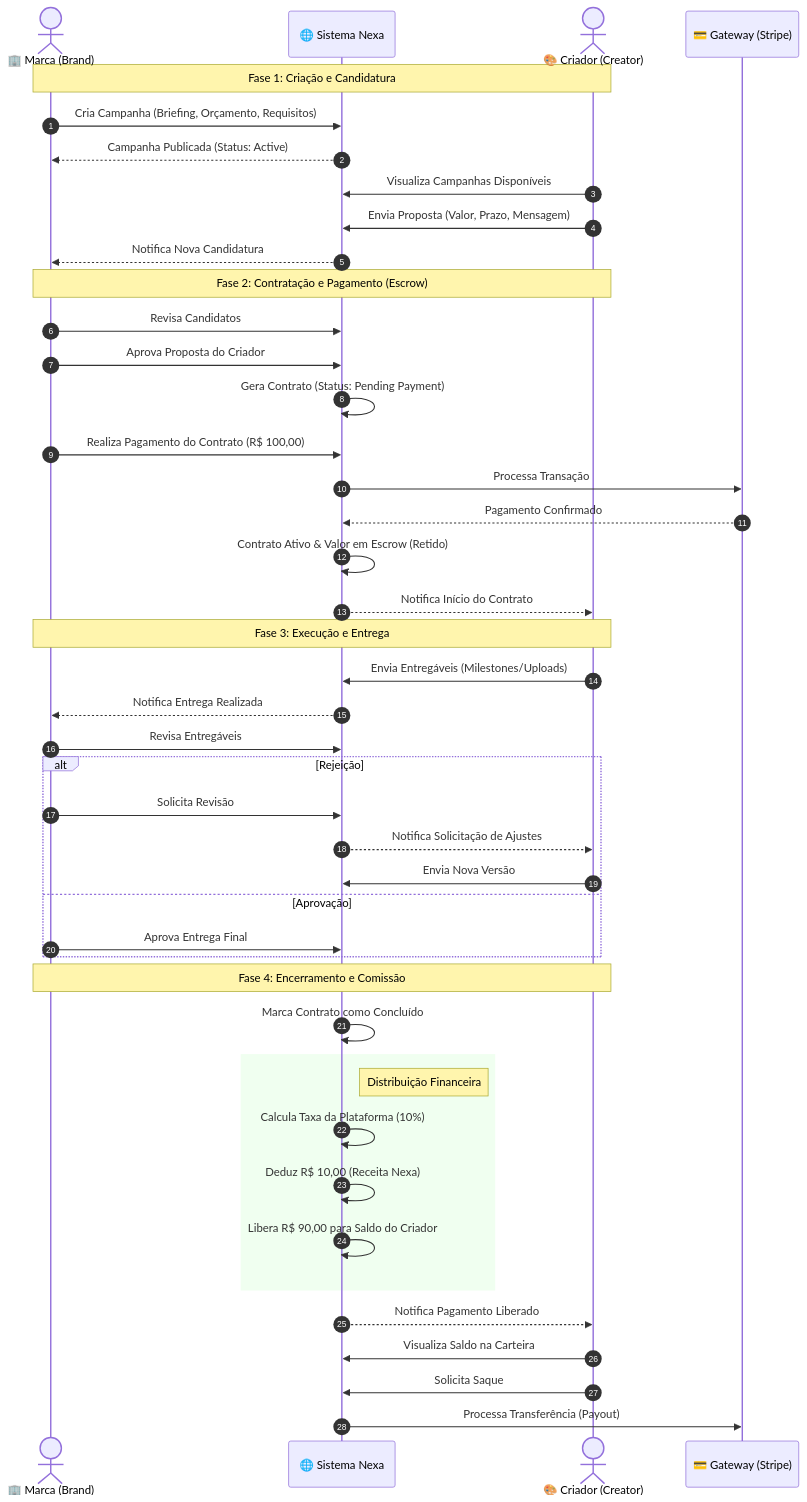
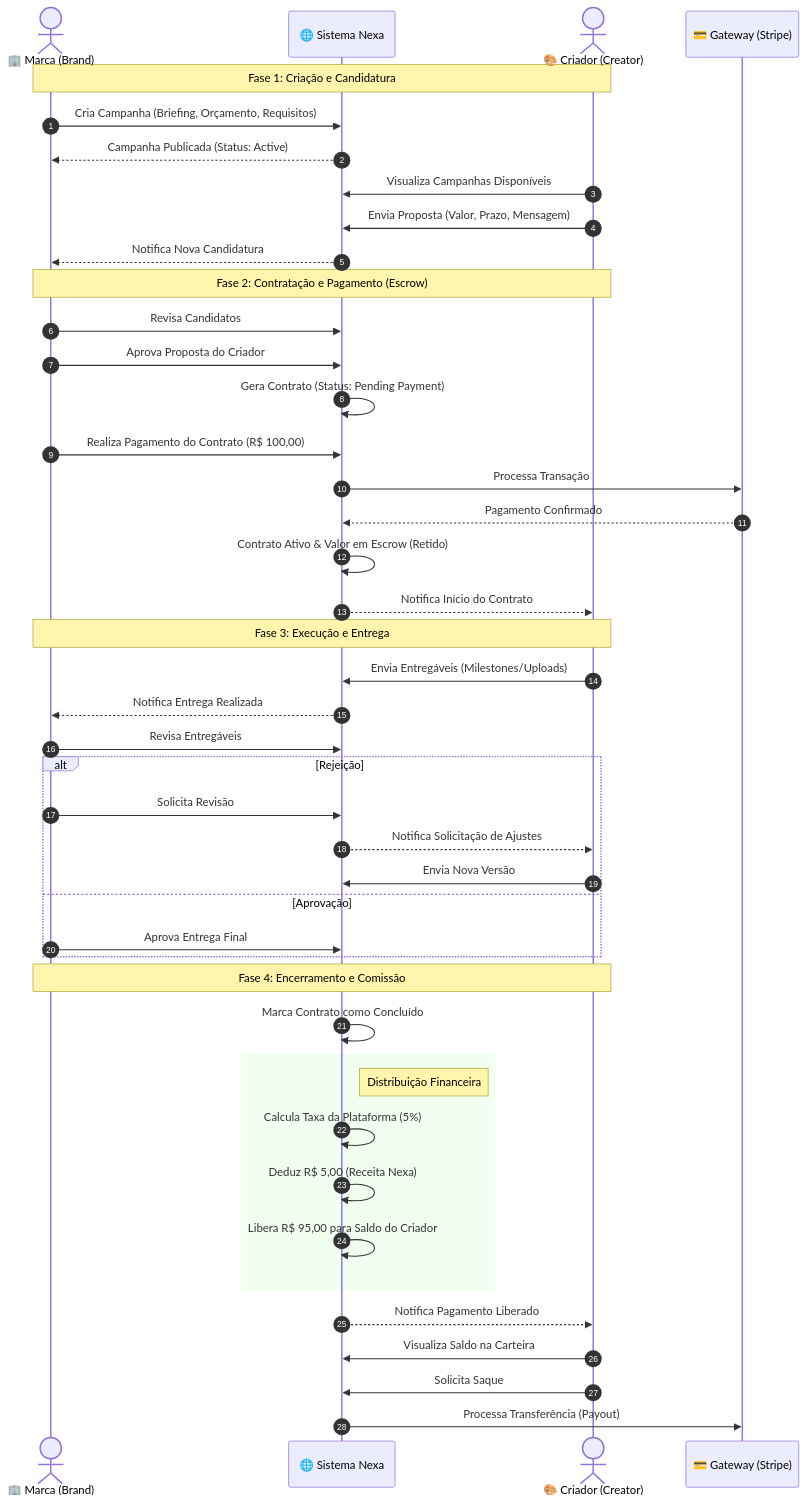
Before and after one commit to Artur-data-DEV/Nexa: the diagram in PLATFORM_FLOW.md, drawn with Mermaid. The commit also changed other lines of this file and 25 other files, not shown here.

First line of the commit message:
feat: add multi-niche support and contract funding flow

````diff
--- a/PLATFORM_FLOW.md
+++ b/PLATFORM_FLOW.md
@@ -5,59 +5,59 @@
 ```mermaid
 sequenceDiagram
     autonumber
     actor Marca as 🏢 Marca (Brand)
     participant Plataforma as 🌐 Sistema Nexa
     actor Criador as 🎨 Criador (Creator)
     participant Pagamento as 💳 Gateway (Stripe)
 
     Note over Marca, Criador: Fase 1: Criação e Candidatura
 
     Marca->>Plataforma: Cria Campanha (Briefing, Orçamento, Requisitos)
     Plataforma-->>Marca: Campanha Publicada (Status: Active)
     
     Criador->>Plataforma: Visualiza Campanhas Disponíveis
     Criador->>Plataforma: Envia Proposta (Valor, Prazo, Mensagem)
     Plataforma-->>Marca: Notifica Nova Candidatura
 
     Note over Marca, Criador: Fase 2: Contratação e Pagamento (Escrow)
 
     Marca->>Plataforma: Revisa Candidatos
     Marca->>Plataforma: Aprova Proposta do Criador
     Plataforma->>Plataforma: Gera Contrato (Status: Pending Payment)
     
     Marca->>Plataforma: Realiza Pagamento do Contrato (R$ 100,00)
     Plataforma->>Pagamento: Processa Transação
     Pagamento-->>Plataforma: Pagamento Confirmado
     Plataforma->>Plataforma: Contrato Ativo & Valor em Escrow (Retido)
     Plataforma-->>Criador: Notifica Início do Contrato
 
     Note over Marca, Criador: Fase 3: Execução e Entrega
 
     Criador->>Plataforma: Envia Entregáveis (Milestones/Uploads)
     Plataforma-->>Marca: Notifica Entrega Realizada
     
     Marca->>Plataforma: Revisa Entregáveis
     alt Rejeição
         Marca->>Plataforma: Solicita Revisão
         Plataforma-->>Criador: Notifica Solicitação de Ajustes
         Criador->>Plataforma: Envia Nova Versão
     else Aprovação
         Marca->>Plataforma: Aprova Entrega Final
     end
 
     Note over Marca, Criador: Fase 4: Encerramento e Comissão
 
     Plataforma->>Plataforma: Marca Contrato como Concluído
     
     rect rgb(240, 255, 240)
         Note right of Plataforma: Distribuição Financeira
-        Plataforma->>Plataforma: Calcula Taxa da Plataforma (10%)
-        Plataforma->>Plataforma: Deduz R$ 10,00 (Receita Nexa)
-        Plataforma->>Plataforma: Libera R$ 90,00 para Saldo do Criador
+        Plataforma->>Plataforma: Calcula Taxa da Plataforma (5%)
+        Plataforma->>Plataforma: Deduz R$ 5,00 (Receita Nexa)
+        Plataforma->>Plataforma: Libera R$ 95,00 para Saldo do Criador
     end
 
     Plataforma-->>Criador: Notifica Pagamento Liberado
     Criador->>Plataforma: Visualiza Saldo na Carteira
     Criador->>Plataforma: Solicita Saque
     Plataforma->>Pagamento: Processa Transferência (Payout)
 ```
````
